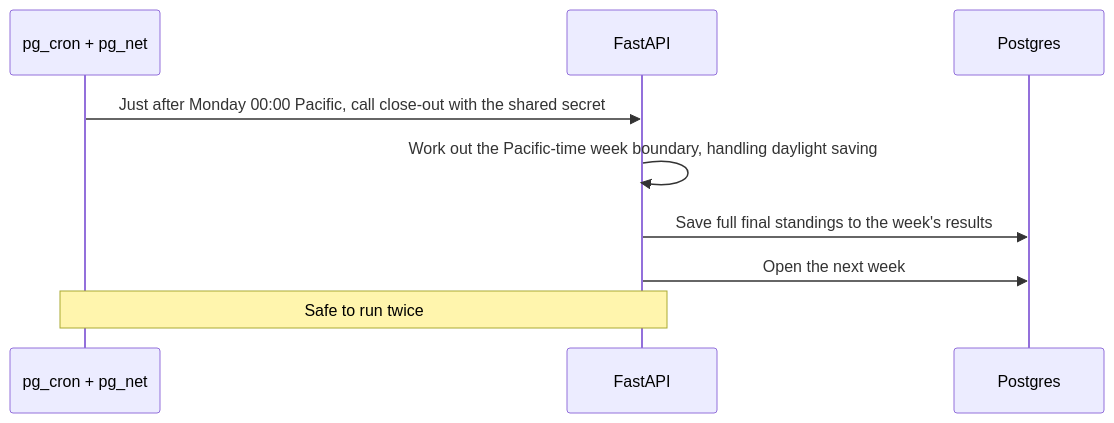
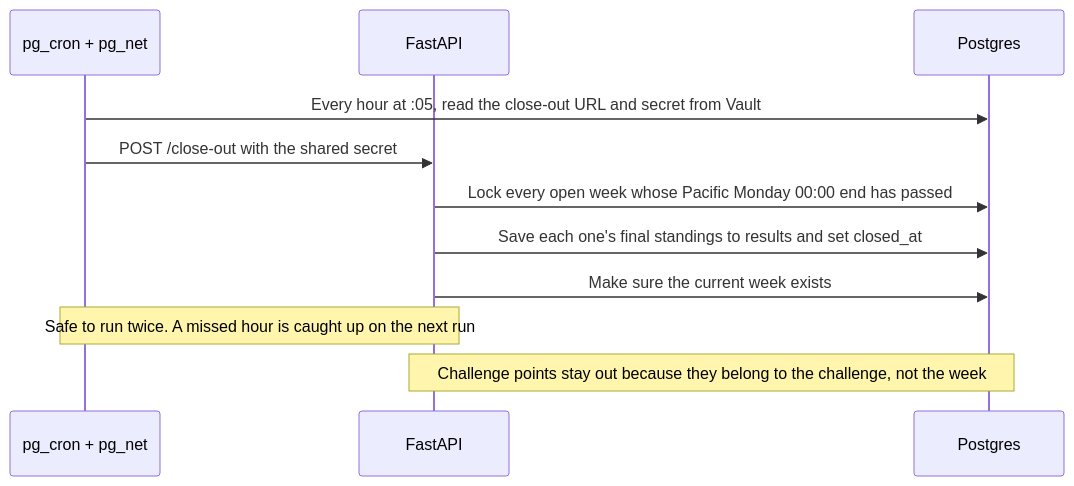
Before and after one commit to azamatsmith/soul-search: the fifth of 5 diagrams in docs/architecture.md, drawn with Mermaid. The commit also changed other lines of this file and 16 other files, not shown here.

First line of the commit message:
feat: close each week and save its final standings (#65)

````diff
--- a/docs/architecture.md
+++ b/docs/architecture.md
@@ -123,12 +123,14 @@
 ```mermaid
 sequenceDiagram
     participant cron as pg_cron + pg_net
     participant api as FastAPI
     participant db as Postgres
 
-    cron->>api: Just after Monday 00:00 Pacific, call close-out with the shared secret
-    api->>api: Work out the Pacific-time week boundary, handling daylight saving
-    api->>db: Save full final standings to the week's results
-    api->>db: Open the next week
-    Note over cron,api: Safe to run twice
+    cron->>db: Every hour at :05, read the close-out URL and secret from Vault
+    cron->>api: POST /close-out with the shared secret
+    api->>db: Lock every open week whose Pacific Monday 00:00 end has passed
+    api->>db: Save each one's final standings to results and set closed_at
+    api->>db: Make sure the current week exists
+    Note over cron,api: Safe to run twice. A missed hour is caught up on the next run
+    Note over api,db: Challenge points stay out because they belong to the challenge, not the week
 ```
````
